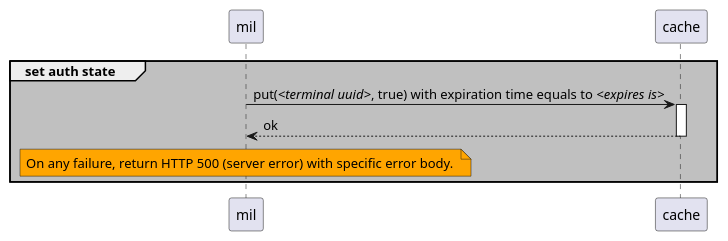
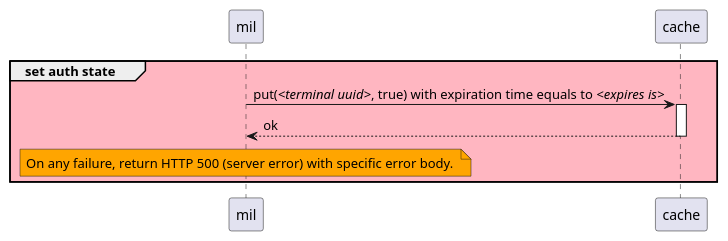
The diagram in sequence_diags/pagoPA/pos_management/store_auth_state.puml (pagopa/mil-diags), drawn with PlantUML before and after one commit. The commit also changed 26 other files, not shown here.

```diff
--- a/sequence_diags/pagoPA/pos_management/store_auth_state.puml
+++ b/sequence_diags/pagoPA/pos_management/store_auth_state.puml
@@ -1,8 +1,8 @@
-group #C0C0C0 set auth state
+group #FFB6C1 set auth state
     mil -> cache ++ : put(//<terminal uuid>//, true) with expiration time equals to //<expires is>//
     cache --> mil -- : ok
 
     note over mil #Orange
 	    On any failure, return HTTP 500 (server error) with specific error body. 
     end note
 end
```
